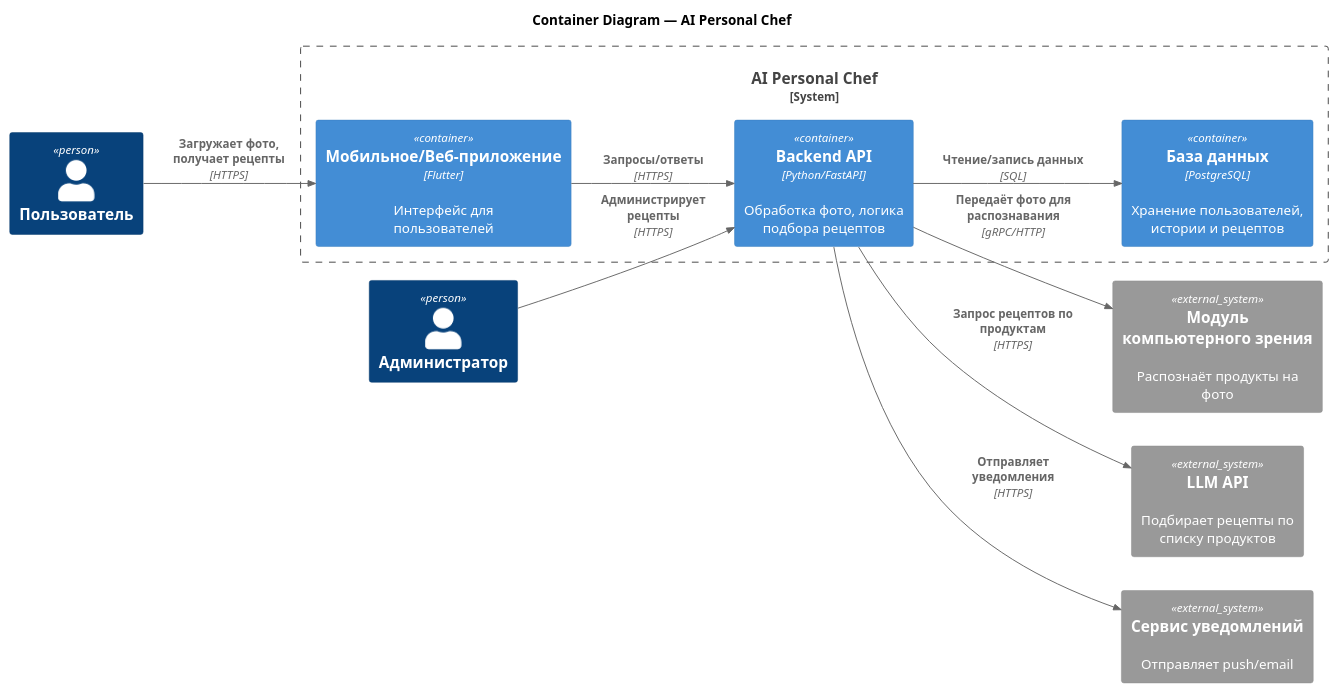
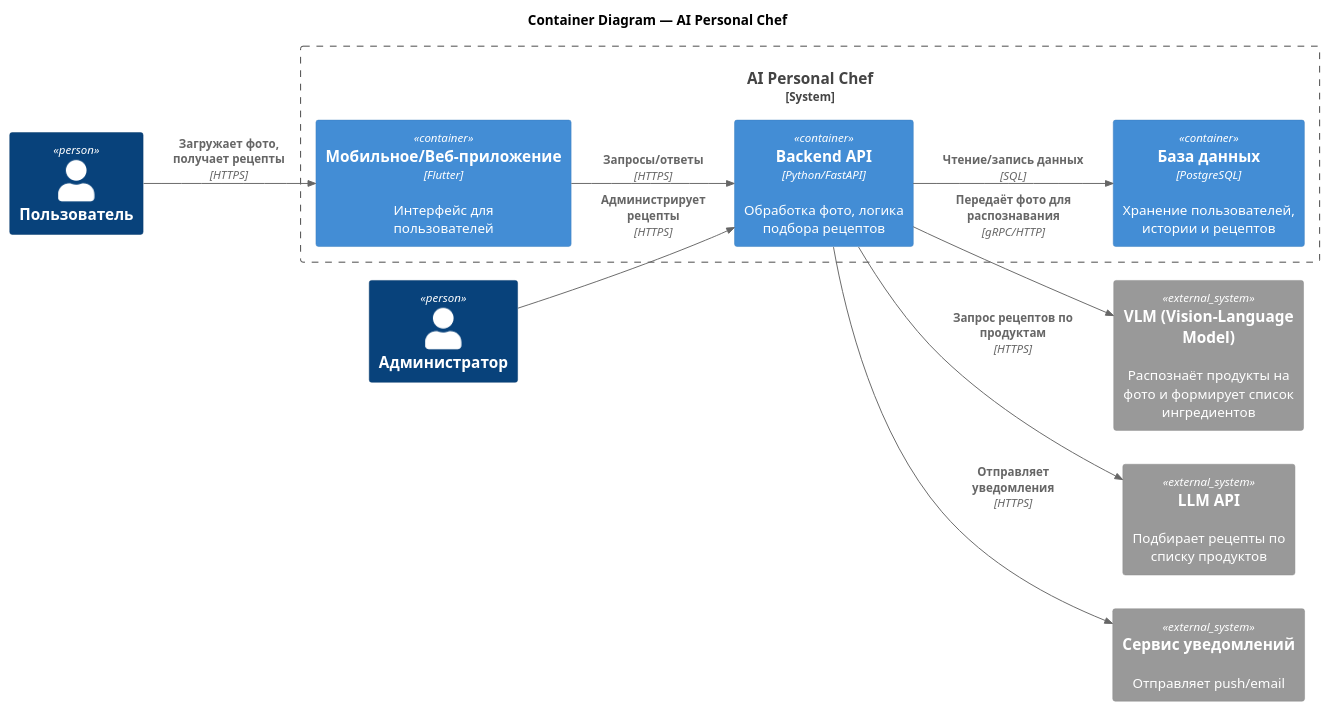
One commit to vstu-sii/bachelor-2025-team-deep-logic changed the diagram in docs/architecture/containers.puml. Above: the diagram before and after it, drawn with PlantUML.

```diff
--- a/docs/architecture/containers.puml
+++ b/docs/architecture/containers.puml
@@ -1,32 +1,32 @@
 @startuml
 !includeurl https://raw.githubusercontent.com/plantuml-stdlib/C4-PlantUML/master/C4_Container.puml
 
 title Container Diagram — AI Personal Chef
 
 LAYOUT_LEFT_RIGHT()
 
 Person(user, "Пользователь")
 Person(admin, "Администратор")
 
 System_Boundary(aiChef, "AI Personal Chef") {
     Container(app, "Мобильное/Веб-приложение", "Flutter", "Интерфейс для пользователей")
     Container(api, "Backend API", "Python/FastAPI", "Обработка фото, логика подбора рецептов")
     Container(db, "База данных", "PostgreSQL", "Хранение пользователей, истории и рецептов")
 }
 
 ' --- Внешние системы ---
-System_Ext(cvModule, "Модуль компьютерного зрения", "Распознаёт продукты на фото")
+System_Ext(vlm, "VLM (Vision-Language Model)", "Распознаёт продукты на фото и формирует список ингредиентов")
 System_Ext(llm, "LLM API", "Подбирает рецепты по списку продуктов")
 System_Ext(notify, "Сервис уведомлений", "Отправляет push/email")
 
 ' --- Связи ---
 Rel(user, app, "Загружает фото, получает рецепты", "HTTPS")
 Rel(admin, api, "Администрирует рецепты", "HTTPS")
 
 Rel(app, api, "Запросы/ответы", "HTTPS")
 Rel(api, db, "Чтение/запись данных", "SQL")
-Rel(api, cvModule, "Передаёт фото для распознавания", "gRPC/HTTP")
+Rel(api, vlm, "Передаёт фото для распознавания", "gRPC/HTTP")
 Rel(api, llm, "Запрос рецептов по продуктам", "HTTPS")
 Rel(api, notify, "Отправляет уведомления", "HTTPS")
 
 @enduml
```
